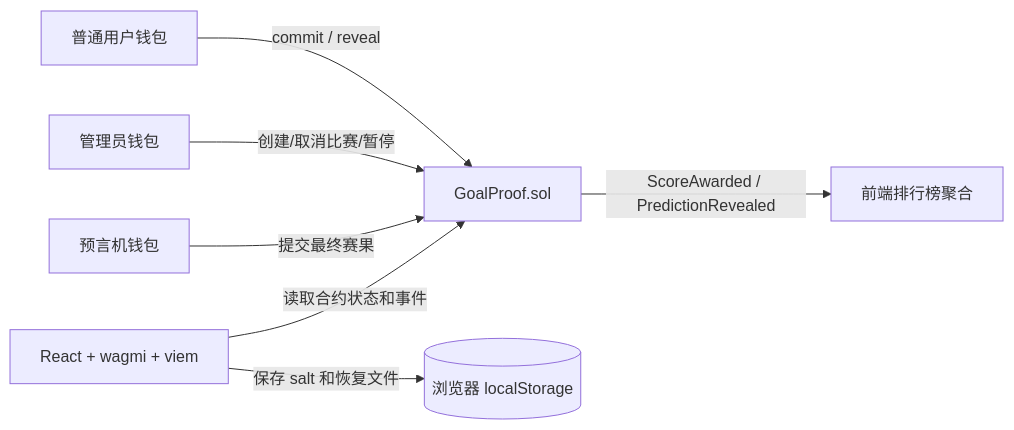
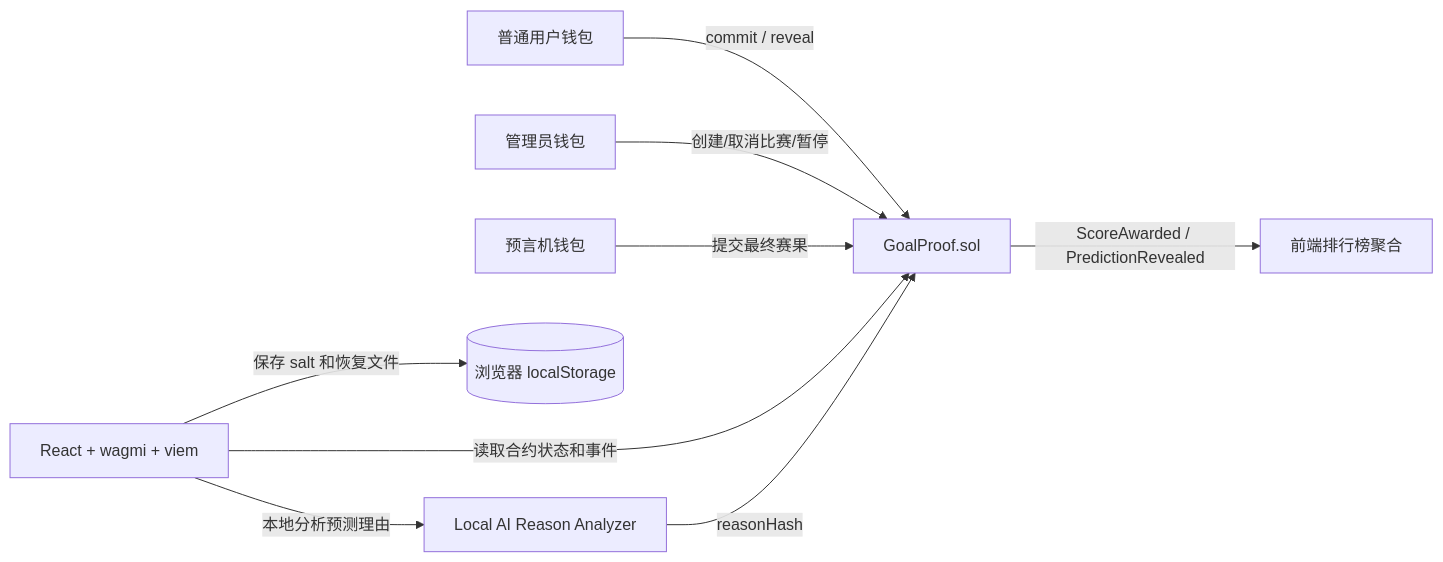
Before and after one commit to actmaoweihao/GoalProof_WD_CUP: the first of 2 diagrams in docs/ARCHITECTURE.md, drawn with Mermaid. The commit also changed other lines of this file and 21 other files, not shown here.

````diff
--- a/docs/ARCHITECTURE.md
+++ b/docs/ARCHITECTURE.md
@@ -7,9 +7,11 @@
 ```mermaid
 flowchart LR
   User[普通用户钱包] -->|commit / reveal| Contract[GoalProof.sol]
   Admin[管理员钱包] -->|创建/取消比赛/暂停| Contract
   Oracle[预言机钱包] -->|提交最终赛果| Contract
   Frontend[React + wagmi + viem] -->|读取合约状态和事件| Contract
   Frontend -->|保存 salt 和恢复文件| Local[(浏览器 localStorage)]
+  Frontend -->|本地分析预测理由| AI[Local AI Reason Analyzer]
+  AI -->|reasonHash| Contract
   Contract -->|ScoreAwarded / PredictionRevealed| Board[前端排行榜聚合]
 ```
````
